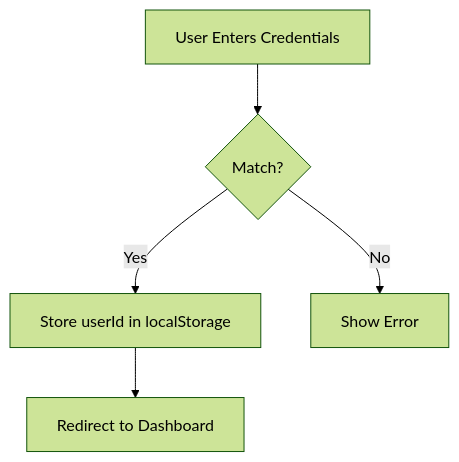
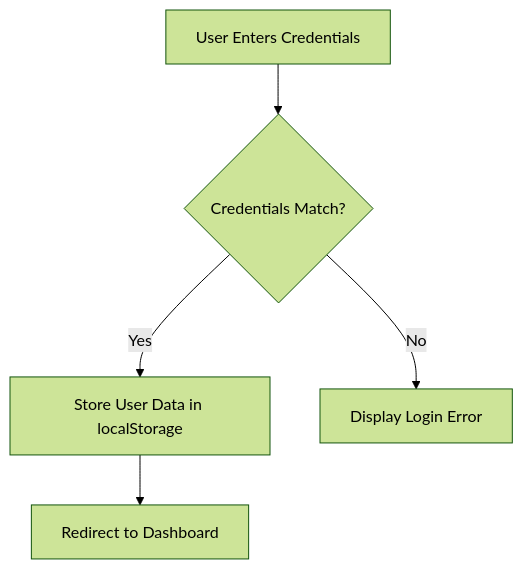
Before and after one commit to CapstoneDesign-Spring2026-UlsanCollege/Free_Sewaa: the second of 2 diagrams in docs/AUTHENTICATION.md, drawn with Mermaid (forest theme). The commit also changed other lines of this file, not shown here.

````diff
--- a/docs/AUTHENTICATION.md
+++ b/docs/AUTHENTICATION.md
@@ -30,7 +50,7 @@
 ```mermaid
 flowchart TD
-    User[User Enters Credentials] --> Check{Match?}
-    Check -->|Yes| Store[Store userId in localStorage]
-    Check -->|No| Error[Show Error]
+    User[User Enters Credentials] --> Check{Credentials Match?}
+    Check -->|Yes| Store[Store User Data in localStorage]
+    Check -->|No| Error[Display Login Error]
     Store --> Redirect[Redirect to Dashboard]
 ```
````
